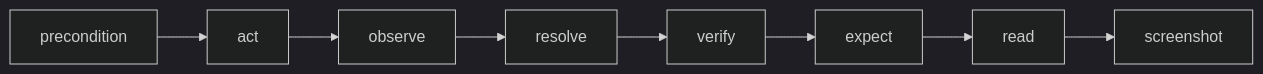
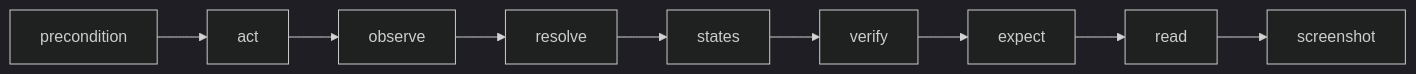
Before and after one commit to deviate-dv8/waygraph: the second of 2 diagrams in docs/guides/lifecycle.md, drawn with Mermaid (dark theme). The commit also changed other lines of this file and 26 other files, not shown here.

````diff
--- a/docs/guides/lifecycle.md
+++ b/docs/guides/lifecycle.md
@@ -36,4 +37,4 @@
 ```mermaid
 graph LR
-  PC[precondition] --> A[act] --> O[observe] --> R[resolve] --> V[verify] --> E[expect] --> RD[read] --> SS[screenshot]
+  PC[precondition] --> A[act] --> O[observe] --> R[resolve] --> S[states] --> V[verify] --> E[expect] --> RD[read] --> SS[screenshot]
 ```
````
